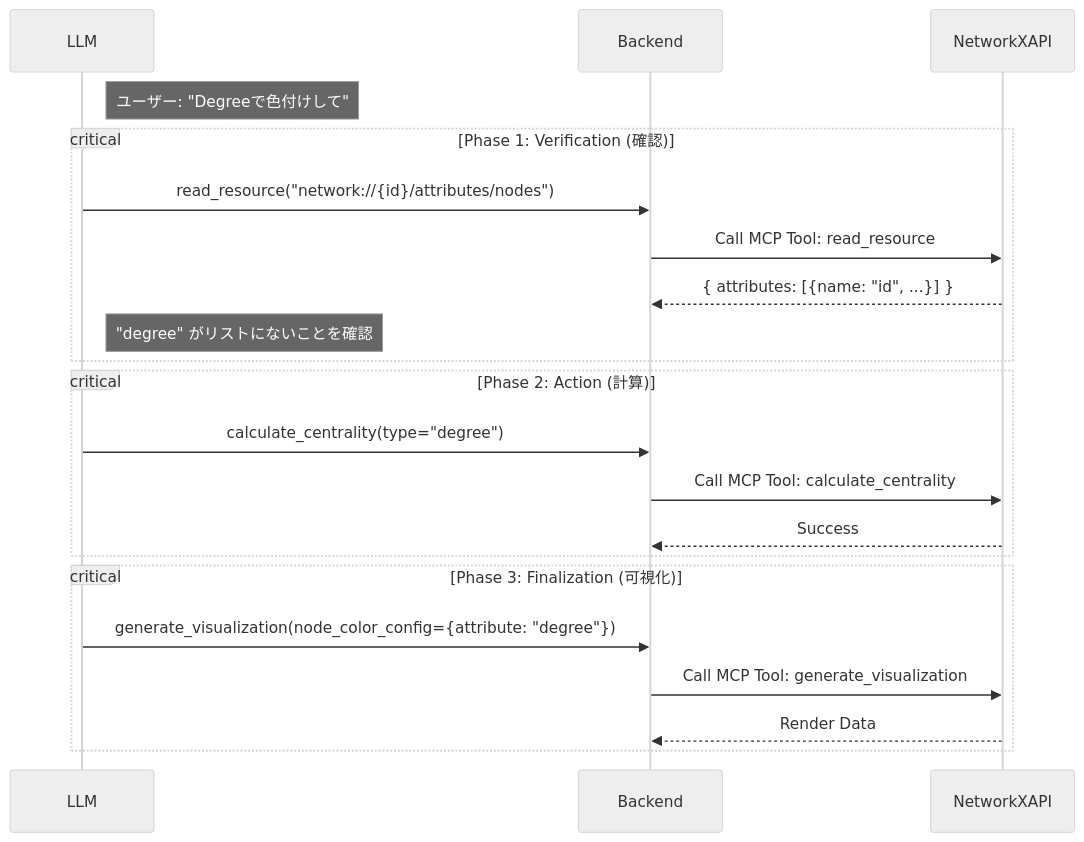
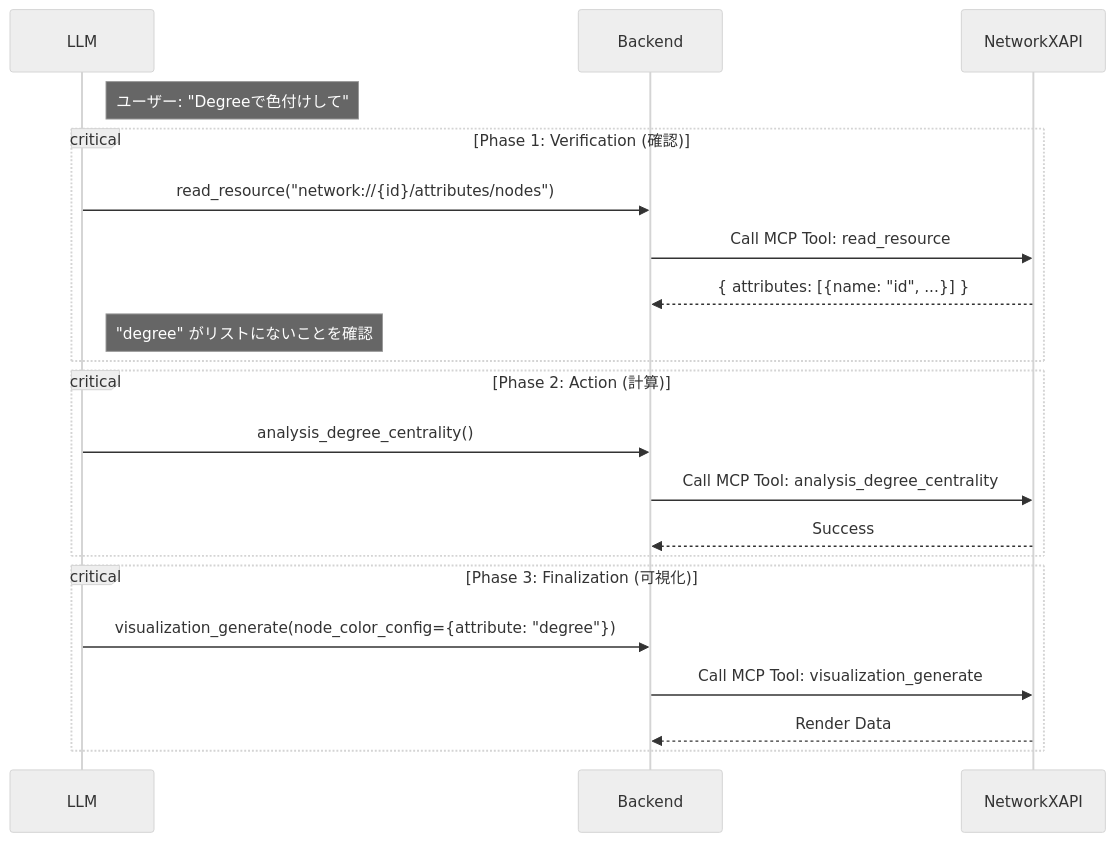
Diagram 12 of 13 in specification/2_Technical_Details/6_Core_Workflows.md (vdslab/LLMGraphvis), drawn with Mermaid (neutral theme) before and after one commit. The commit also changed other lines of this file and 12 other files, not shown here.

````diff
--- a/specification/2_Technical_Details/6_Core_Workflows.md
+++ b/specification/2_Technical_Details/6_Core_Workflows.md
@@ -466,27 +476,27 @@
 ```mermaid
 sequenceDiagram
     participant LLM
     participant Backend
     participant NetworkXAPI
     
     Note right of LLM: ユーザー: "Degreeで色付けして"
 
     critical Phase 1: Verification (確認)
         LLM->>Backend: read_resource("network://{id}/attributes/nodes")
         Backend->>NetworkXAPI: Call MCP Tool: read_resource
         NetworkXAPI-->>Backend: { attributes: [{name: "id", ...}] }
         note right of LLM: "degree" がリストにないことを確認
     end
 
     critical Phase 2: Action (計算)
-        LLM->>Backend: calculate_centrality(type="degree")
-        Backend->>NetworkXAPI: Call MCP Tool: calculate_centrality
+        LLM->>Backend: analysis_degree_centrality()
+        Backend->>NetworkXAPI: Call MCP Tool: analysis_degree_centrality
         NetworkXAPI-->>Backend: Success
     end
 
     critical Phase 3: Finalization (可視化)
-        LLM->>Backend: generate_visualization(node_color_config={attribute: "degree"})
-        Backend->>NetworkXAPI: Call MCP Tool: generate_visualization
+        LLM->>Backend: visualization_generate(node_color_config={attribute: "degree"})
+        Backend->>NetworkXAPI: Call MCP Tool: visualization_generate
         NetworkXAPI-->>Backend: Render Data
     end
 ```
````
